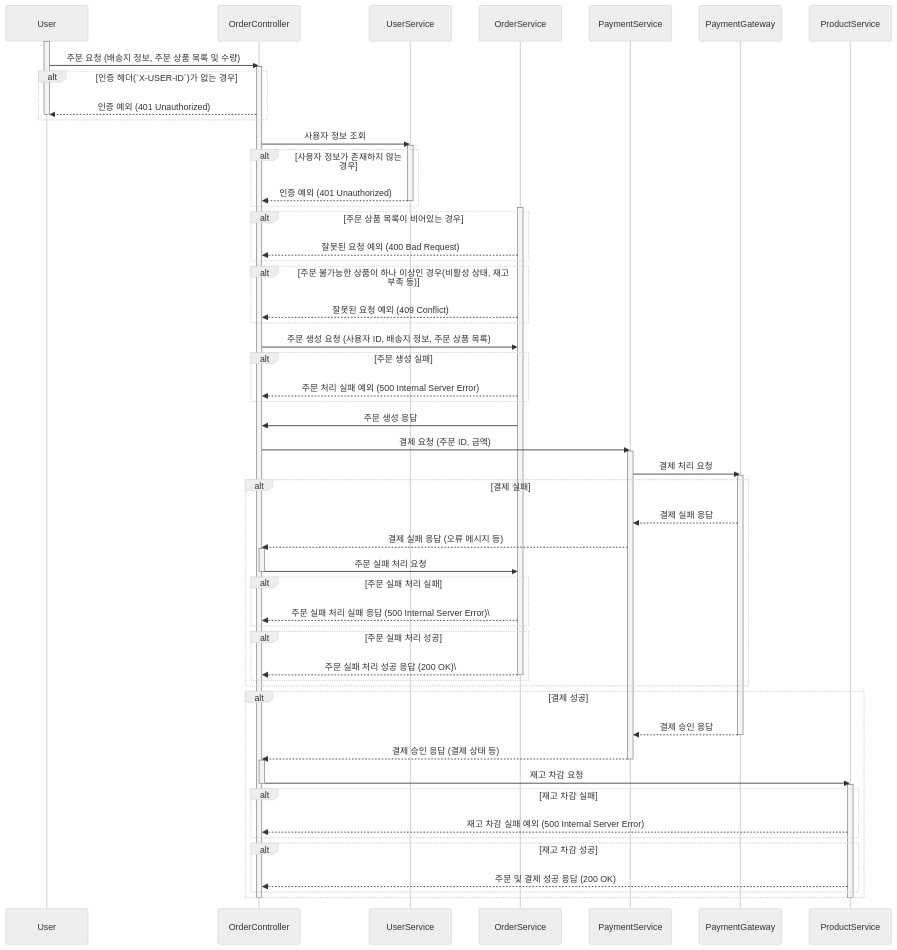
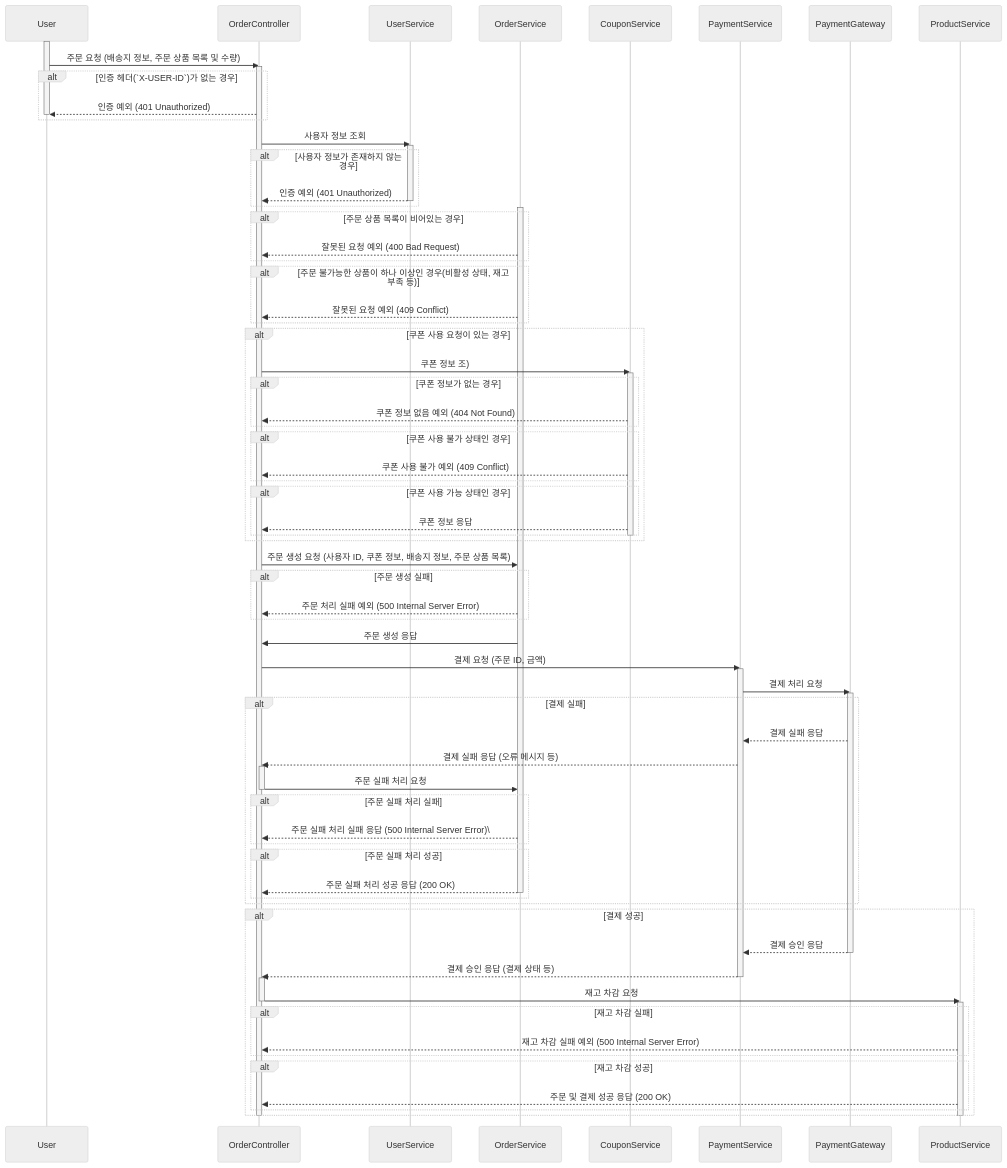
The diagram in docs/design/02-sequence-diagrams/order_payment_v1.md (kiekk/gamsung-commerce), drawn with Mermaid (neutral theme) before and after one commit. The commit also changed 2 other files, not shown here.

Commit message:
docs: 쿠폰 시퀀스 다이어그램 추가
* 주문에도 쿠폰에 대한 내용 추가

```diff
--- a/docs/design/02-sequence-diagrams/order_payment_v1.md
+++ b/docs/design/02-sequence-diagrams/order_payment_v1.md
@@ -17,6 +17,7 @@
     participant OrderController
     participant UserService
     participant OrderService
+    participant CouponService
     participant PaymentService
     participant PaymentGateway
     activate User
@@ -39,7 +40,21 @@
     alt 주문 불가능한 상품이 하나 이상인 경우(비활성 상태, 재고 부족 등)
         OrderService -->> OrderController: 잘못된 요청 예외 (409 Conflict)
     end
-    OrderController ->> OrderService: 주문 생성 요청 (사용자 ID, 배송지 정보, 주문 상품 목록)
+    alt 쿠폰 사용 요청이 있는 경우
+        OrderController ->> CouponService: 쿠폰 정보 조)
+        activate CouponService
+        alt 쿠폰 정보가 없는 경우
+            CouponService -->> OrderController: 쿠폰 정보 없음 예외 (404 Not Found)
+        end
+        alt 쿠폰 사용 불가 상태인 경우
+            CouponService -->> OrderController: 쿠폰 사용 불가 예외 (409 Conflict)
+        end
+        alt 쿠폰 사용 가능 상태인 경우
+            CouponService -->> OrderController: 쿠폰 정보 응답
+        end
+        deactivate CouponService
+    end
+    OrderController ->> OrderService: 주문 생성 요청 (사용자 ID, 쿠폰 정보, 배송지 정보, 주문 상품 목록)
     alt 주문 생성 실패
         OrderService -->> OrderController: 주문 처리 실패 예외 (500 Internal Server Error)
     end
@@ -58,7 +73,7 @@
             OrderService -->> OrderController: 주문 실패 처리 실패 응답 (500 Internal Server Error)\
         end
         alt 주문 실패 처리 성공
-            OrderService -->> OrderController: 주문 실패 처리 성공 응답 (200 OK)\
+            OrderService -->> OrderController: 주문 실패 처리 성공 응답 (200 OK)
             deactivate OrderService
         end
     end
```
